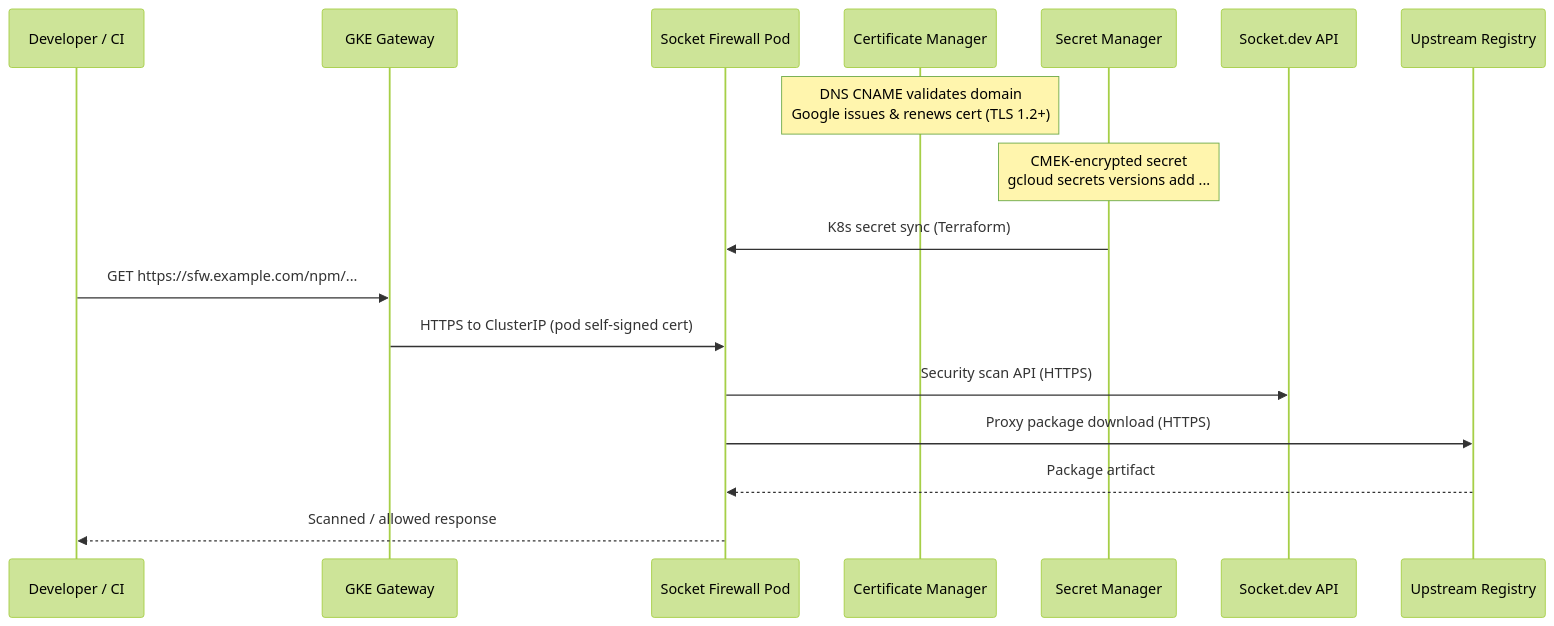
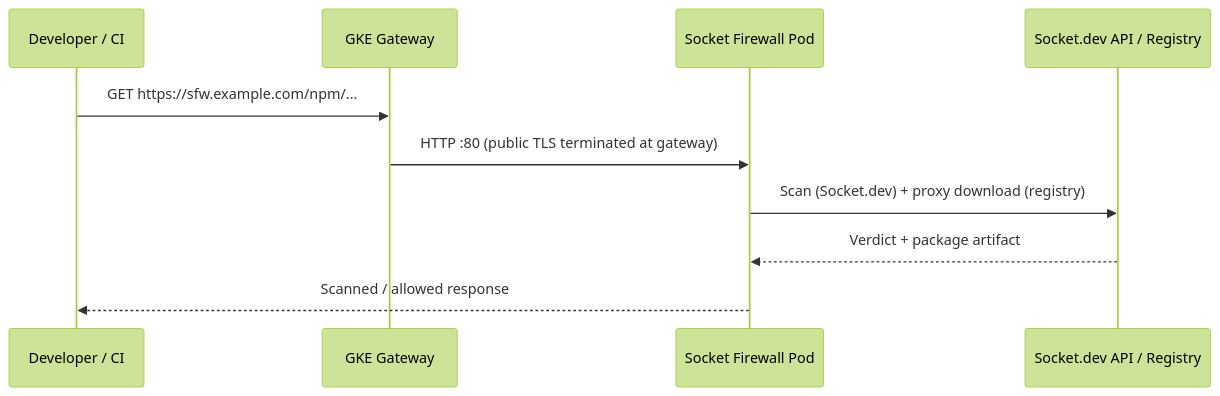
One commit to getsentry/security-socket-firewall changed the third of 3 diagrams in README.md. Above: the diagram before and after it, drawn with Mermaid (forest theme). The commit also changed other lines of this file and 1 other file, not shown here.

````diff
--- a/README.md
+++ b/README.md
@@ -147,20 +72,13 @@
 ```mermaid
 sequenceDiagram
     participant Dev as Developer / CI
     participant GW as GKE Gateway
     participant FW as Socket Firewall Pod
-    participant CM as Certificate Manager
-    participant SM as Secret Manager
-    participant Socket as Socket.dev API
-    participant Reg as Upstream Registry
+    participant Up as Socket.dev API / Registry
 
-    Note over CM: DNS CNAME validates domain<br/>Google issues & renews cert (TLS 1.2+)
-    Note over SM: CMEK-encrypted secret<br/>gcloud secrets versions add ...
-    SM->>FW: K8s secret sync (Terraform)
     Dev->>GW: GET https://sfw.example.com/npm/...
-    GW->>FW: HTTPS to ClusterIP (pod self-signed cert)
-    FW->>Socket: Security scan API (HTTPS)
-    FW->>Reg: Proxy package download (HTTPS)
-    Reg-->>FW: Package artifact
+    GW->>FW: HTTP :80 (public TLS terminated at gateway)
+    FW->>Up: Scan (Socket.dev) + proxy download (registry)
+    Up-->>FW: Verdict + package artifact
     FW-->>Dev: Scanned / allowed response
 ```
````
